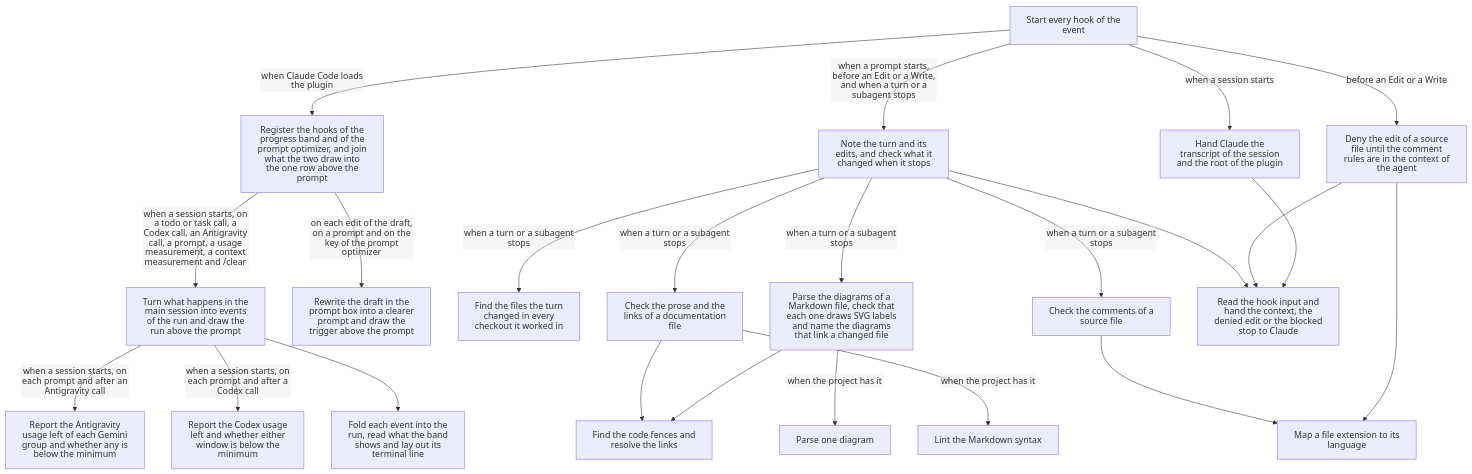
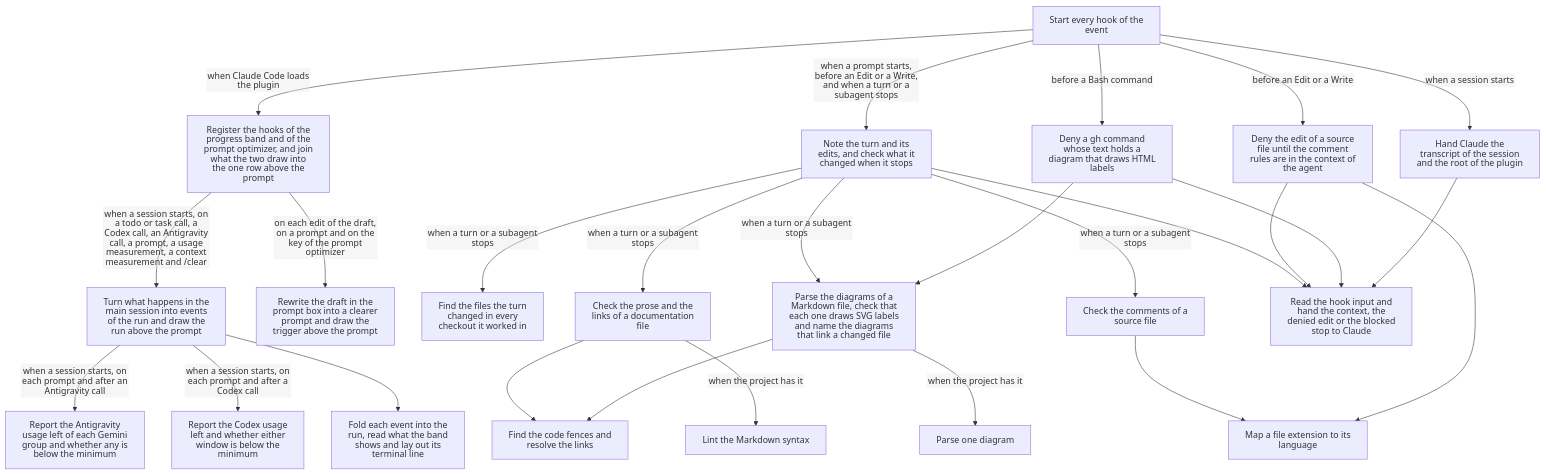
One commit to renefatuaki/skills changed the diagram in plugins/forge/hooks/README.md. Above: the diagram before and after it, drawn with Mermaid. The commit also changed other lines of this file and 7 other files, not shown here.

First line of the commit message:
fix(diagrams): draw SVG labels in pull request, issue and comment text too

````diff
--- a/plugins/forge/hooks/README.md
+++ b/plugins/forge/hooks/README.md
@@ -5,28 +5,31 @@
 ```mermaid
 %%{init: {"htmlLabels": false}}%%
 flowchart TD
   accTitle: What happens when a session starts, while a turn runs, while Claude works through a todo list, and when the key of the prompt optimizer is pressed?
   hooksJson["Start every hook of the event"]
   hooksJson -->|"when a session starts"| sessionContext["Hand Claude the transcript of the session and the root of the plugin"]
   hooksJson -->|"before an Edit or a Write"| loadCommentRules["Deny the edit of a source file until the comment rules are in the context of the agent"]
+  hooksJson -->|"before a Bash command"| checkDiagramLabels["Deny a gh command whose text holds a diagram that draws HTML labels"]
   hooksJson -->|"when a prompt starts, before an Edit or a Write, and when a turn or a subagent stops"| checkTurn["Note the turn and its edits, and check what it changed when it stops"]
   hooksJson -->|"when Claude Code loads the plugin"| module["Register the hooks of the progress band and of the prompt optimizer, and join what the two draw into the one row above the prompt"]
   module -->|"when a session starts, on a todo or task call, a Codex call, an Antigravity call, a prompt, a usage measurement, a context measurement and /clear"| progress["Turn what happens in the main session into events of the run and draw the run above the prompt"]
   module -->|"on each edit of the draft, on a prompt and on the key of the prompt optimizer"| promptOptimizer["Rewrite the draft in the prompt box into a clearer prompt and draw the trigger above the prompt"]
   checkTurn -->|"when a turn or a subagent stops"| changes["Find the files the turn changed in every checkout it worked in"]
   checkTurn -->|"when a turn or a subagent stops"| comments["Check the comments of a source file"]
   checkTurn -->|"when a turn or a subagent stops"| docs["Check the prose and the links of a documentation file"]
   checkTurn -->|"when a turn or a subagent stops"| diagrams["Parse the diagrams of a Markdown file, check that each one draws SVG labels and name the diagrams that link a changed file"]
   docs -->|"when the project has it"| markdownlint["Lint the Markdown syntax"]
   diagrams -->|"when the project has it"| mermaid["Parse one diagram"]
   docs --> markdown["Find the code fences and resolve the links"]
   diagrams --> markdown
   comments --> languages["Map a file extension to its language"]
   loadCommentRules --> languages
   checkTurn --> hook["Read the hook input and hand the context, the denied edit or the blocked stop to Claude"]
   loadCommentRules --> hook
+  checkDiagramLabels --> hook
+  checkDiagramLabels --> diagrams
   sessionContext --> hook
   progress --> run["Fold each event into the run, read what the band shows and lay out its terminal line"]
   progress -->|"when a session starts, on each prompt and after a Codex call"| codexModel["Report the Codex usage left and whether either window is below the minimum"]
   progress -->|"when a session starts, on each prompt and after an Antigravity call"| antigravity["Report the Antigravity usage left of each Gemini group and whether any is below the minimum"]
 ```
````
